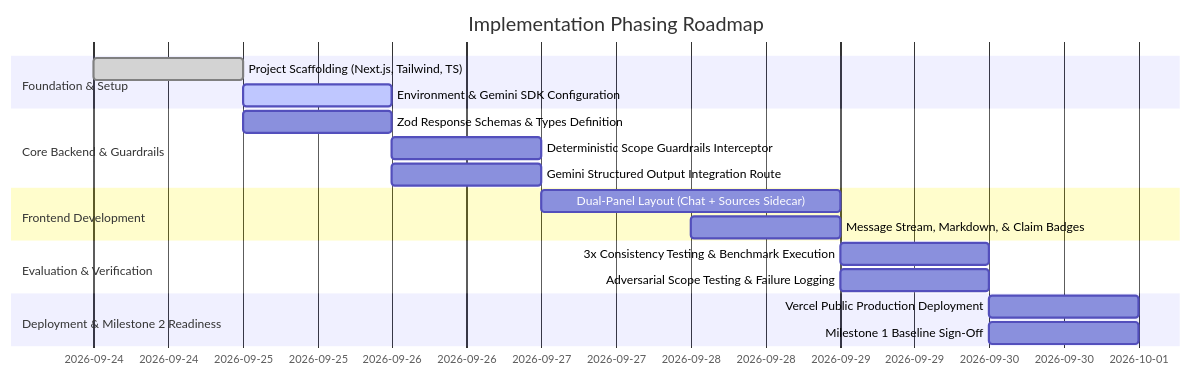
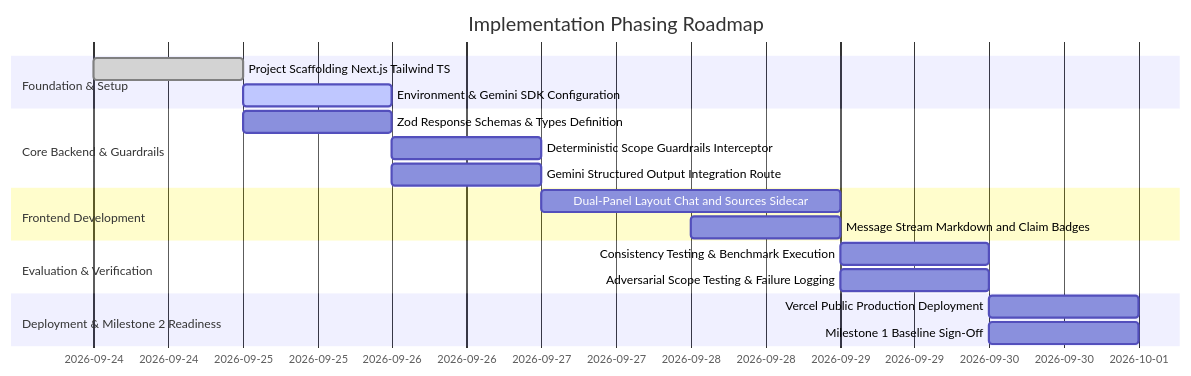
The fourth of 5 diagrams in doc/architecture-plan.md (sivarajthava/nutrition-chatbot), drawn with Mermaid before and after one commit. The commit also changed other lines of this file and 5 other files, not shown here.

````diff
--- a/doc/architecture-plan.md
+++ b/doc/architecture-plan.md
@@ -402,21 +386,21 @@
 ```mermaid
 gantt
     title Implementation Phasing Roadmap
     dateFormat  YYYY-MM-DD
     section Foundation & Setup
-    Project Scaffolding (Next.js, Tailwind, TS)       :done,    p1, 2026-09-24, 1d
+    Project Scaffolding Next.js Tailwind TS           :done,    p1, 2026-09-24, 1d
     Environment & Gemini SDK Configuration           :active,  p2, 2026-09-25, 1d
     section Core Backend & Guardrails
     Zod Response Schemas & Types Definition          :         p3, 2026-09-25, 1d
     Deterministic Scope Guardrails Interceptor       :         p4, 2026-09-26, 1d
     Gemini Structured Output Integration Route       :         p5, 2026-09-26, 1d
     section Frontend Development
-    Dual-Panel Layout (Chat + Sources Sidecar)      :         p6, 2026-09-27, 2d
-    Message Stream, Markdown, & Claim Badges         :         p7, 2026-09-28, 1d
+    Dual-Panel Layout Chat and Sources Sidecar       :         p6, 2026-09-27, 2d
+    Message Stream Markdown and Claim Badges         :         p7, 2026-09-28, 1d
     section Evaluation & Verification
-    3x Consistency Testing & Benchmark Execution     :         p8, 2026-09-29, 1d
+    Consistency Testing & Benchmark Execution        :         p8, 2026-09-29, 1d
     Adversarial Scope Testing & Failure Logging      :         p9, 2026-09-29, 1d
     section Deployment & Milestone 2 Readiness
     Vercel Public Production Deployment              :         p10, 2026-09-30, 1d
     Milestone 1 Baseline Sign-Off                    :         p11, 2026-09-30, 1d
 ```
````
